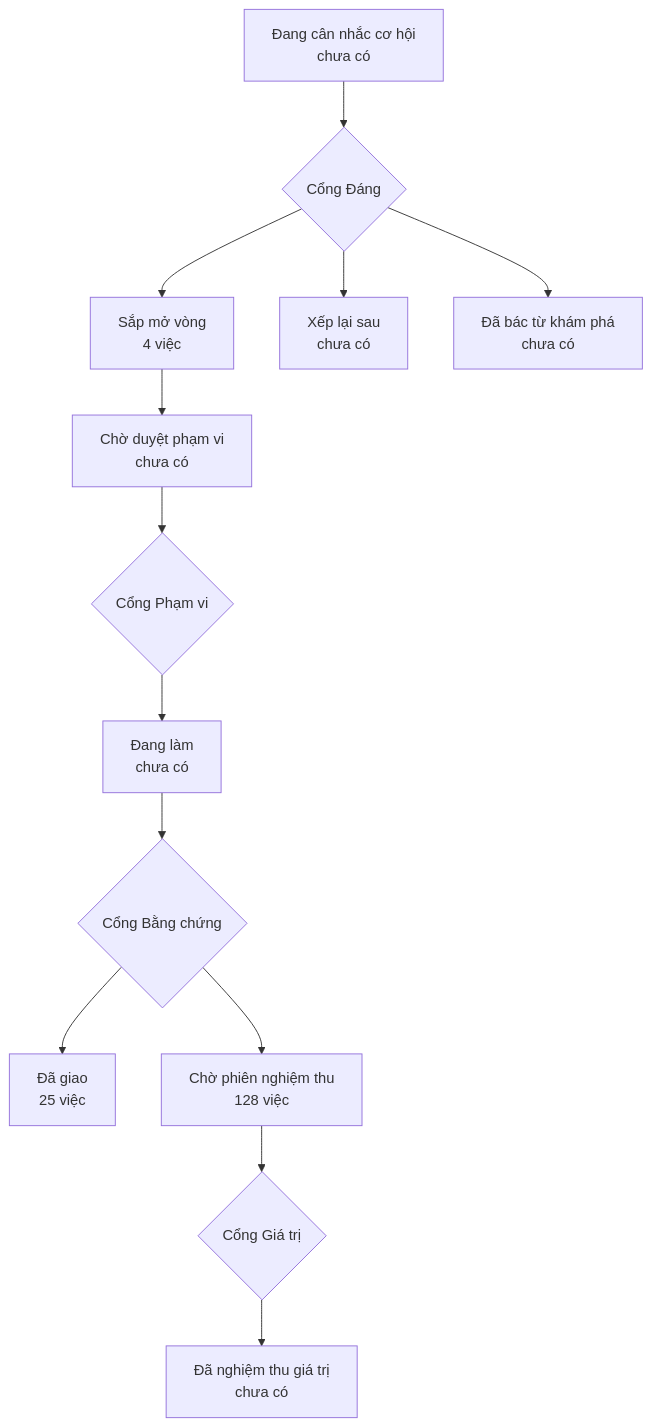
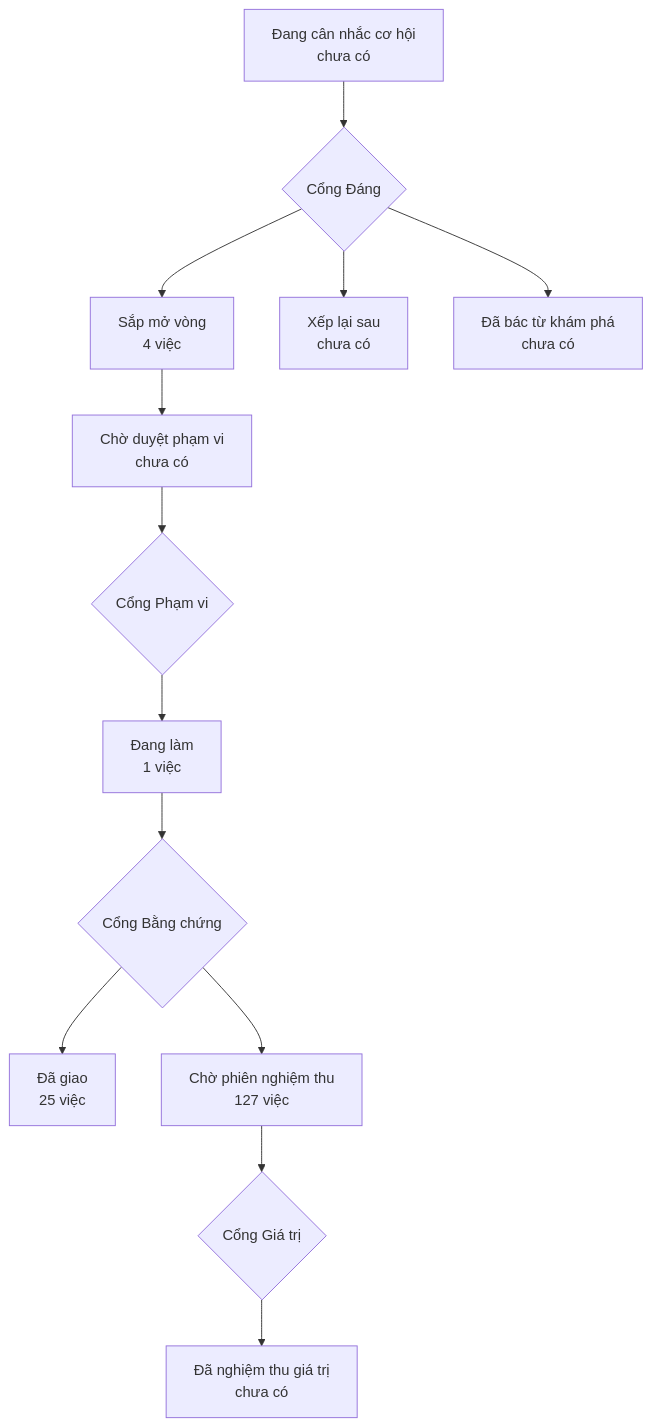
One commit to phanlemanh/onehub-quy-hang changed the diagram in PRODUCT-MAP.md. Above: the diagram before and after it, drawn with Mermaid. The commit also changed other lines of this file and 6 other files, not shown here.

````diff
--- a/PRODUCT-MAP.md
+++ b/PRODUCT-MAP.md
@@ -7,12 +7,12 @@
 ```mermaid
 flowchart TD
   A["Đang cân nhắc cơ hội<br/>chưa có"] --> GD{"Cổng Đáng"}
   GD --> B["Sắp mở vòng<br/>4 việc"]
   GD --> XL["Xếp lại sau<br/>chưa có"]
   GD --> DB["Đã bác từ khám phá<br/>chưa có"]
   B --> CD["Chờ duyệt phạm vi<br/>chưa có"] --> GP{"Cổng Phạm vi"}
-  GP --> DL["Đang làm<br/>chưa có"] --> GB{"Cổng Bằng chứng"}
+  GP --> DL["Đang làm<br/>1 việc"] --> GB{"Cổng Bằng chứng"}
   GB --> DG["Đã giao<br/>25 việc"]
-  GB --> CN["Chờ phiên nghiệm thu<br/>128 việc"] --> GG{"Cổng Giá trị"}
+  GB --> CN["Chờ phiên nghiệm thu<br/>127 việc"] --> GG{"Cổng Giá trị"}
   GG --> NT["Đã nghiệm thu giá trị<br/>chưa có"]
 ```
````
